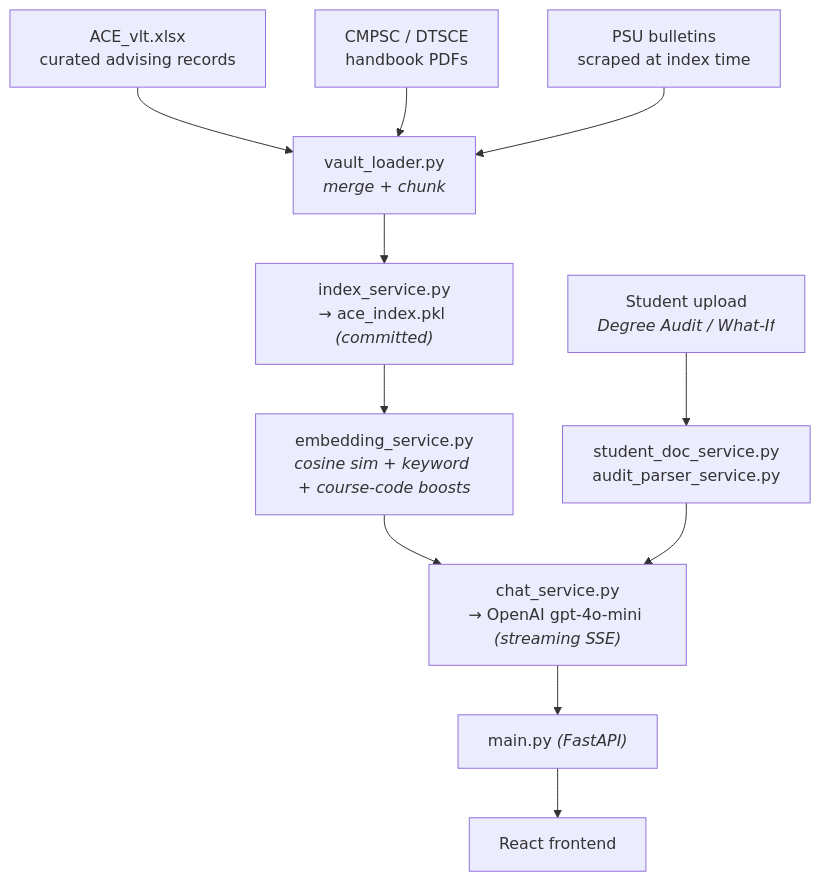
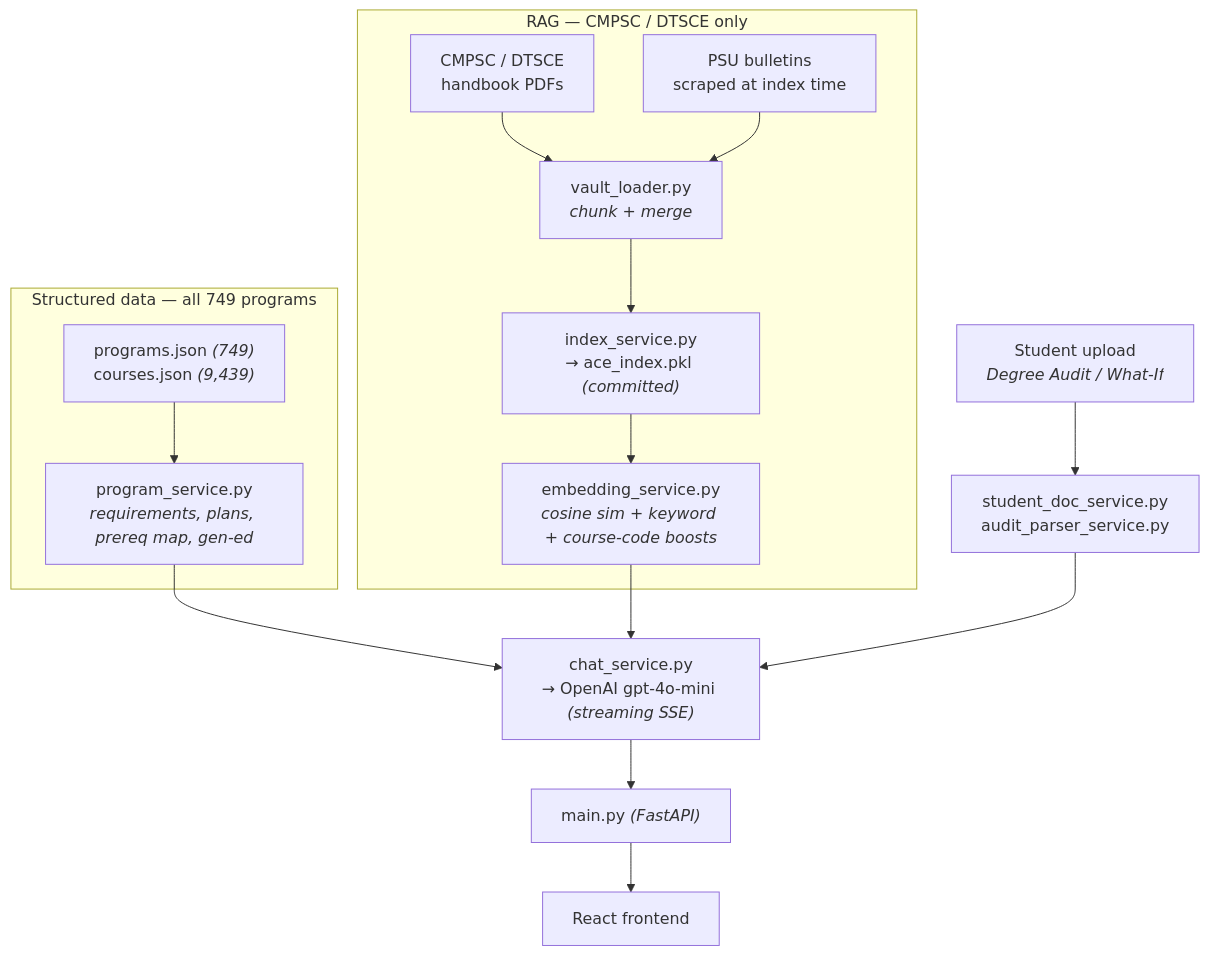
The diagram in README.md (digi0/ACE), drawn with Mermaid before and after one commit. The commit also changed other lines of this file and 12 other files, not shown here.

````diff
--- a/README.md
+++ b/README.md
@@ -87,13 +89,19 @@
 ```mermaid
 flowchart TD
-    A["ACE_vlt.xlsx<br/>curated advising records"] --> V
-    B["CMPSC / DTSCE<br/>handbook PDFs"] --> V
-    C["PSU bulletins<br/>scraped at index time"] --> V
-    V["vault_loader.py<br/><i>merge + chunk</i>"] --> I
-    I["index_service.py<br/>→ ace_index.pkl <i>(committed)</i>"] --> E
-    E["embedding_service.py<br/><i>cosine sim + keyword + course-code boosts</i>"] --> C2
-    C2["chat_service.py<br/>→ OpenAI gpt-4o-mini <i>(streaming SSE)</i>"] --> M
+    subgraph S["Structured data — all 749 programs"]
+      J["programs.json <i>(749)</i><br/>courses.json <i>(9,439)</i>"] --> PS["program_service.py<br/><i>requirements, plans, prereq map, gen-ed</i>"]
+    end
+    subgraph R["RAG — CMPSC / DTSCE only"]
+      B["CMPSC / DTSCE<br/>handbook PDFs"] --> V
+      C["PSU bulletins<br/>scraped at index time"] --> V
+      V["vault_loader.py<br/><i>chunk + merge</i>"] --> I
+      I["index_service.py<br/>→ ace_index.pkl <i>(committed)</i>"] --> E
+      E["embedding_service.py<br/><i>cosine sim + keyword + course-code boosts</i>"]
+    end
+    PS --> C2
+    E --> C2
     D["Student upload<br/><i>Degree Audit / What-If</i>"] --> P
     P["student_doc_service.py<br/>audit_parser_service.py"] --> C2
+    C2["chat_service.py<br/>→ OpenAI gpt-4o-mini <i>(streaming SSE)</i>"] --> M
     M["main.py <i>(FastAPI)</i>"] --> F["React frontend"]
 ```
````
